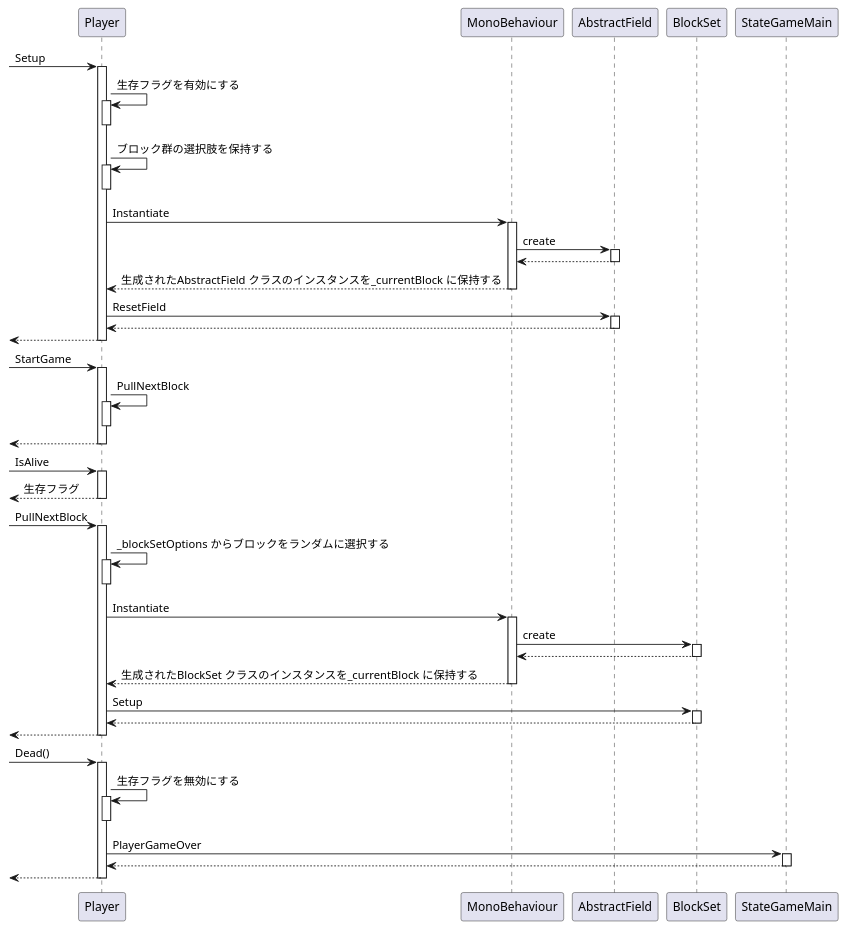
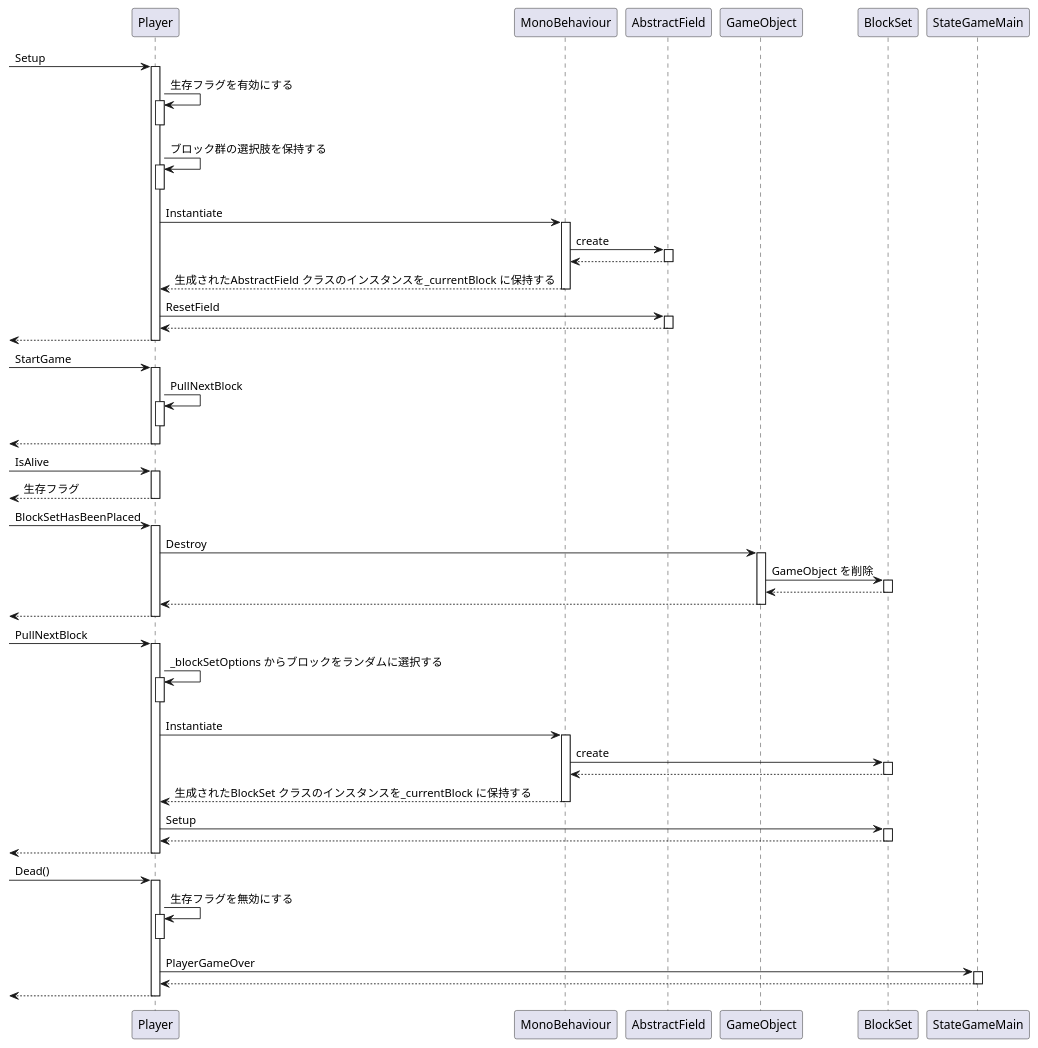
One commit to azarashin/UnityTetris changed the diagram in Documents/PlantUML/SQD_Player.pu. Above: the diagram before and after it, drawn with PlantUML. The commit also changed 16 other files, not shown here.

```diff
--- a/Documents/PlantUML/SQD_Player.pu
+++ b/Documents/PlantUML/SQD_Player.pu
@@ -1,73 +1,85 @@
 @startuml
 
 [-> Player : Setup
 activate Player
     Player -> Player : 生存フラグを有効にする
     activate Player
     deactivate Player
     Player -> Player : ブロック群の選択肢を保持する
     activate Player
     deactivate Player
     Player -> MonoBehaviour : Instantiate
     activate MonoBehaviour
         MonoBehaviour -> AbstractField : create
         activate AbstractField
             MonoBehaviour <-- AbstractField
         deactivate AbstractField
         Player <-- MonoBehaviour : 生成されたAbstractField クラスのインスタンスを_currentBlock に保持する
     deactivate MonoBehaviour
     Player -> AbstractField : ResetField
     activate AbstractField
         Player <-- AbstractField
     deactivate AbstractField
     [<-- Player
 deactivate Player
 
 [-> Player : StartGame
 activate Player
     Player -> Player : PullNextBlock
     activate Player
     deactivate Player
     [<-- Player
 deactivate Player
 
 [-> Player : IsAlive
 activate Player
     [<-- Player : 生存フラグ
 deactivate Player
 
+[-> Player : BlockSetHasBeenPlaced
+activate Player
+    Player -> GameObject : Destroy
+    activate GameObject
+        GameObject -> BlockSet : GameObject を削除
+        activate BlockSet
+            GameObject <-- BlockSet
+        deactivate BlockSet
+        Player <-- GameObject
+    deactivate GameObject
+    [<-- Player
+deactivate Player
 
 [-> Player : PullNextBlock
 activate Player
     Player -> Player : _blockSetOptions からブロックをランダムに選択する
     activate Player
     deactivate Player
     Player -> MonoBehaviour : Instantiate
     activate MonoBehaviour
         MonoBehaviour -> BlockSet : create
         activate BlockSet
             MonoBehaviour <-- BlockSet
         deactivate BlockSet
         Player <-- MonoBehaviour : 生成されたBlockSet クラスのインスタンスを_currentBlock に保持する
     deactivate MonoBehaviour
     Player -> BlockSet : Setup
     activate BlockSet
         Player <-- BlockSet
     deactivate BlockSet
     [<-- Player
 deactivate Player
 
 [-> Player : Dead()
 activate Player
     Player -> Player : 生存フラグを無効にする
     activate Player
     deactivate Player
     Player -> StateGameMain : PlayerGameOver
     activate StateGameMain
         Player <-- StateGameMain
     deactivate StateGameMain
     [<-- Player
 deactivate Player
 
 
 @enduml
```
